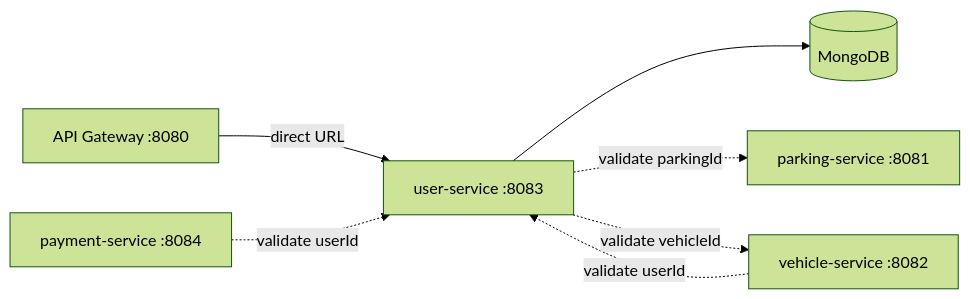
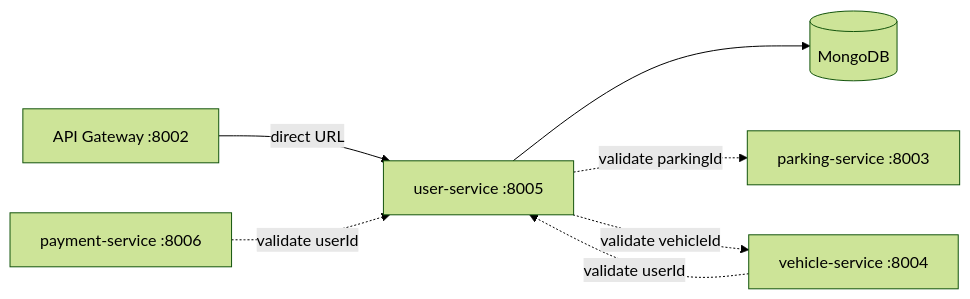
The diagram in services/user-service/README.md (yasasbanukaofficial/kadolk-backend-microservice), drawn with Mermaid (forest theme) before and after one commit. The commit also changed other lines of this file and 33 other files, not shown here.

````diff
--- a/services/user-service/README.md
+++ b/services/user-service/README.md
@@ -7,9 +7,9 @@
 ```mermaid
 flowchart LR
-    Gateway[API Gateway :8080] -->|direct URL| User[user-service :8083]
+    Gateway[API Gateway :8002] -->|direct URL| User[user-service :8005]
     User --> Mongo[(MongoDB)]
-    Vehicle[vehicle-service :8082] -.validate userId.-> User
-    Payment[payment-service :8084] -.validate userId.-> User
-    User -.validate parkingId.-> Parking[parking-service :8081]
+    Vehicle[vehicle-service :8004] -.validate userId.-> User
+    Payment[payment-service :8006] -.validate userId.-> User
+    User -.validate parkingId.-> Parking[parking-service :8003]
     User -.validate vehicleId.-> Vehicle
 ```
````
